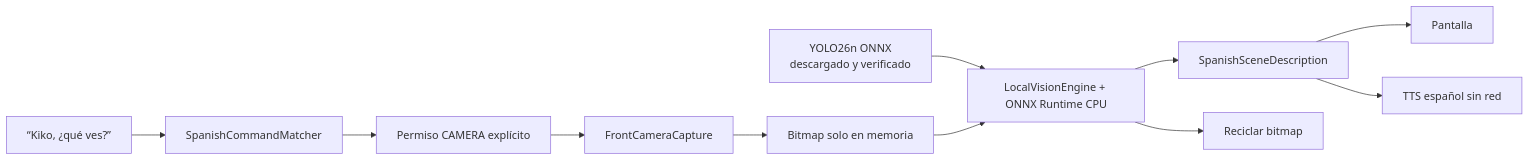
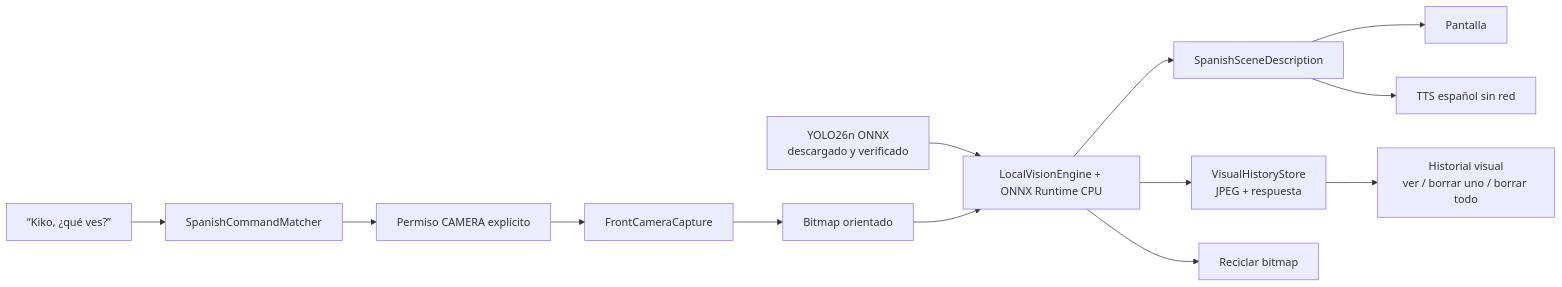
The second of 5 diagrams in docs/ARCHITECTURE.md (arielmendz/kiko), drawn with Mermaid before and after one commit. The commit also changed other lines of this file and 15 other files, not shown here.

Commit message:
Add local visual troubleshooting history

````diff
--- a/docs/ARCHITECTURE.md
+++ b/docs/ARCHITECTURE.md
@@ -73,13 +77,15 @@
 ```mermaid
 flowchart LR
     Command["“Kiko, ¿qué ves?”"] --> Matcher["SpanishCommandMatcher"]
     Matcher --> Permission["Permiso CAMERA explícito"]
     Permission --> Camera["FrontCameraCapture"]
-    Camera --> Frame["Bitmap solo en memoria"]
+    Camera --> Frame["Bitmap orientado"]
     Model["YOLO26n ONNX<br/>descargado y verificado"] --> Vision["LocalVisionEngine + ONNX Runtime CPU"]
     Frame --> Vision
     Vision --> Description["SpanishSceneDescription"]
+    Vision --> History["VisualHistoryStore<br/>JPEG + respuesta"]
+    History --> Gallery["Historial visual<br/>ver / borrar uno / borrar todo"]
     Description --> Screen["Pantalla"]
     Description --> Voice["TTS español sin red"]
     Vision --> Discard["Reciclar bitmap"]
 ```
````
